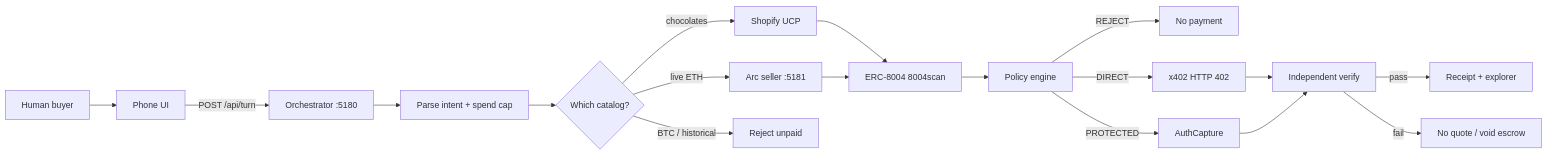
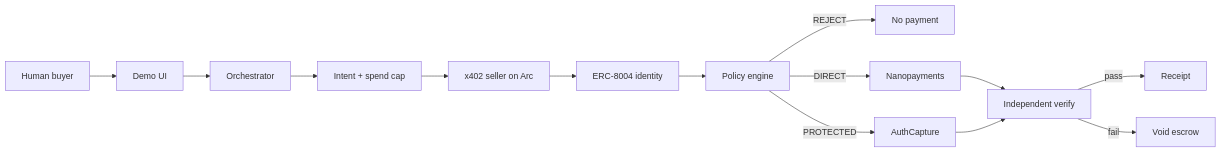
The first of 2 diagrams in README.md (ysbobde2002/AgentARC), drawn with Mermaid before and after one commit. The commit also changed other lines of this file, not shown here.

````diff
--- a/README.md
+++ b/README.md
@@ -54,20 +77,16 @@
 ```mermaid
 flowchart LR
-  Human[Human buyer] --> UI[Phone UI]
-  UI -->|POST /api/turn| Orch[Orchestrator :5180]
-  Orch --> Intent[Parse intent + spend cap]
-  Intent --> Disc{Which catalog?}
-  Disc -->|chocolates| UCP[Shopify UCP]
-  Disc -->|live ETH| Seller[Arc seller :5181]
-  Disc -->|BTC / historical| Stop1[Reject unpaid]
-  UCP --> Trust
-  Seller --> Trust[ERC-8004 8004scan]
+  Human[Human buyer] --> UI[Demo UI]
+  UI --> Orch[Orchestrator]
+  Orch --> Intent[Intent + spend cap]
+  Intent --> Seller[x402 seller on Arc]
+  Seller --> Trust[ERC-8004 identity]
   Trust --> Policy[Policy engine]
-  Policy -->|REJECT| Stop2[No payment]
-  Policy -->|DIRECT| Nano[x402 HTTP 402]
+  Policy -->|REJECT| Stop[No payment]
+  Policy -->|DIRECT| Nano[Nanopayments]
   Policy -->|PROTECTED| Escrow[AuthCapture]
   Nano --> Verify[Independent verify]
   Escrow --> Verify
-  Verify -->|pass| Receipt[Receipt + explorer]
-  Verify -->|fail| Void[No quote / void escrow]
+  Verify -->|pass| Receipt[Receipt]
+  Verify -->|fail| Void[Void escrow]
 ```
````
